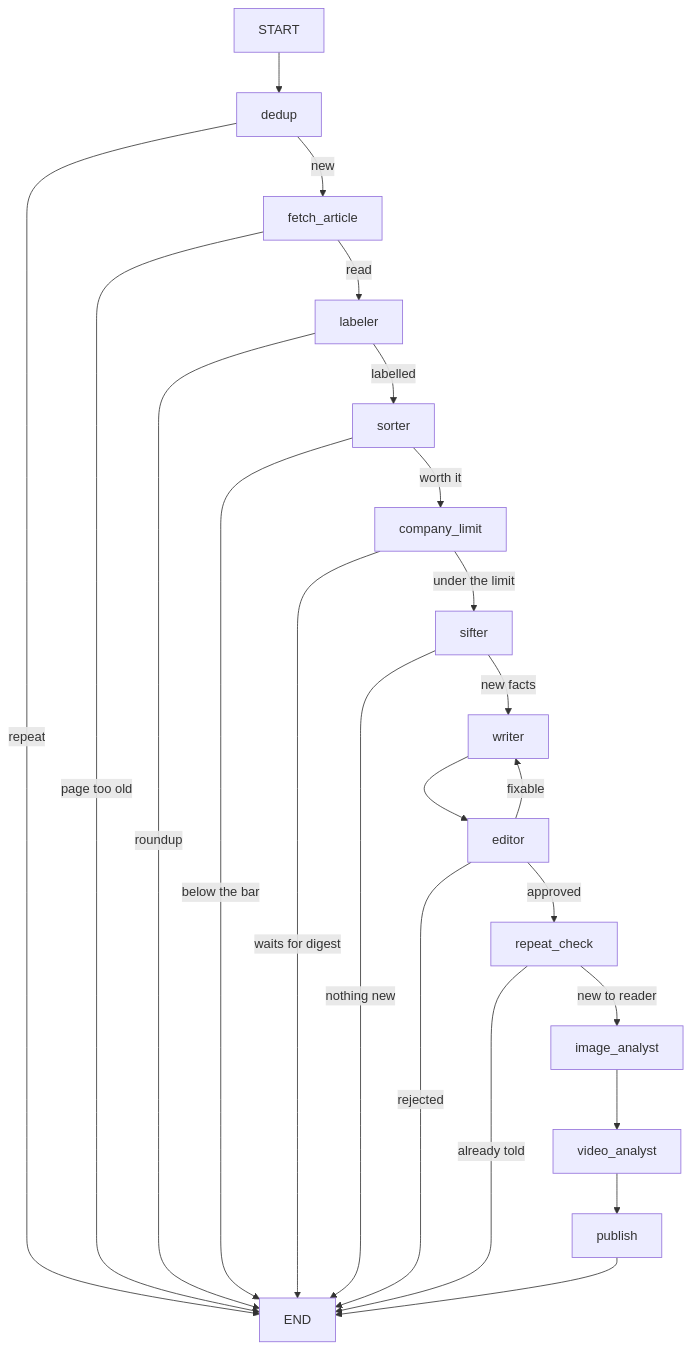
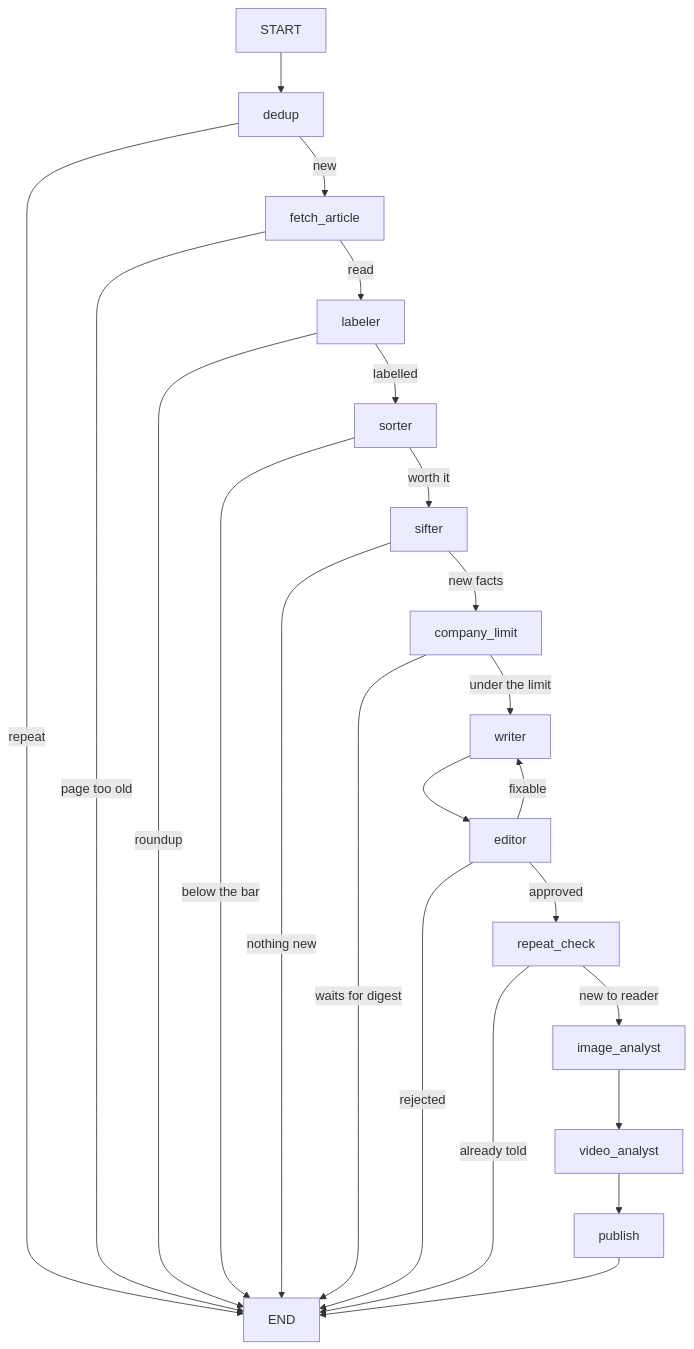
The diagram in README.md (nik-ti/aif-channel), drawn with Mermaid before and after one commit. The commit also changed other lines of this file and 22 other files, not shown here.

````diff
--- a/README.md
+++ b/README.md
@@ -24,25 +24,25 @@
 ```mermaid
 graph TD
     START --> dedup
     dedup -->|repeat| END
     dedup -->|new| fetch_article
     fetch_article -->|page too old| END
     fetch_article -->|read| labeler
     labeler -->|roundup| END
     labeler -->|labelled| sorter
     sorter -->|below the bar| END
-    sorter -->|worth it| company_limit
+    sorter -->|worth it| sifter
+    sifter -->|nothing new| END
+    sifter -->|new facts| company_limit
     company_limit -->|waits for digest| END
-    company_limit -->|under the limit| sifter
-    sifter -->|nothing new| END
-    sifter -->|new facts| writer
+    company_limit -->|under the limit| writer
     writer --> editor
     editor -->|fixable| writer
     editor -->|rejected| END
     editor -->|approved| repeat_check
     repeat_check -->|already told| END
     repeat_check -->|new to reader| image_analyst
     image_analyst --> video_analyst
     video_analyst --> publish
     publish --> END
 ```
````
